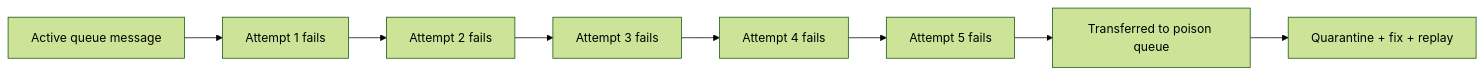
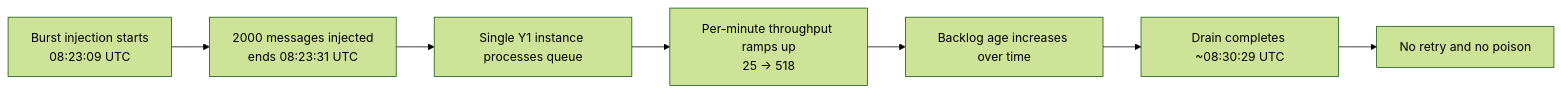
Before and after one commit to yeongseon/azure-functions-practical-guide: the first of 5 diagrams in docs/troubleshooting/lab-guides/queue-backlog-scaling.md, drawn with Mermaid (forest theme). The commit also changed other lines of this file and 21 other files, not shown here.

````diff
--- a/docs/troubleshooting/lab-guides/queue-backlog-scaling.md
+++ b/docs/troubleshooting/lab-guides/queue-backlog-scaling.md
@@ -133,10 +61,9 @@
 ```mermaid
 flowchart LR
-    A[Active queue message] --> B[Attempt 1 fails]
-    B --> C[Attempt 2 fails]
-    C --> D[Attempt 3 fails]
-    D --> E[Attempt 4 fails]
-    E --> F[Attempt 5 fails]
-    F --> G[Transferred to poison queue]
-    G --> H[Quarantine + fix + replay]
+    A[Burst injection starts\n08:23:09 UTC] --> B[2000 messages injected\nends 08:23:31 UTC]
+    B --> C[Single Y1 instance processes queue]
+    C --> D[Per-minute throughput ramps up\n25 -> 518]
+    D --> E[Backlog age increases over time]
+    E --> F[Drain completes ~08:30:29 UTC]
+    F --> G[No retry and no poison]
 ```
````
